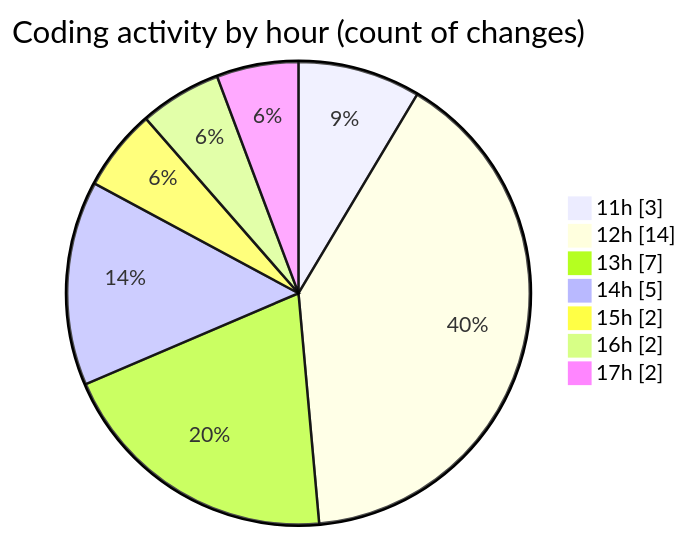
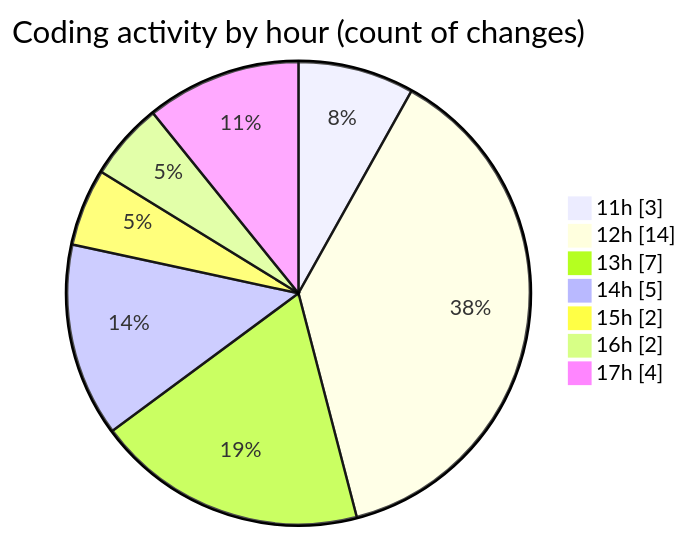
Before and after one commit to nxtqubesakshisongat/code-tracking: the second of 2 diagrams in 2026-01-06/nxtqube_webapp/README.md, drawn with Mermaid. The commit also changed other lines of this file and 1 other file, not shown here.

````diff
--- a/2026-01-06/nxtqube_webapp/README.md
+++ b/2026-01-06/nxtqube_webapp/README.md
@@ -29,11 +29,11 @@
 ```mermaid
 pie showData
 title Coding activity by hour (count of changes)
 "11h" : 3
 "12h" : 14
 "13h" : 7
 "14h" : 5
 "15h" : 2
 "16h" : 2
-"17h" : 2
+"17h" : 4
 ```
````
